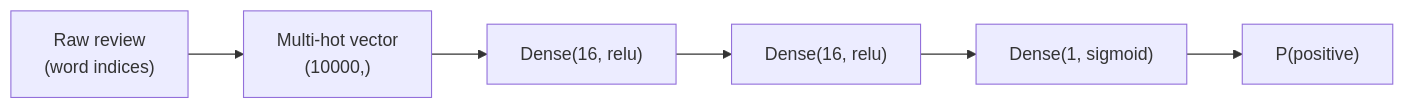
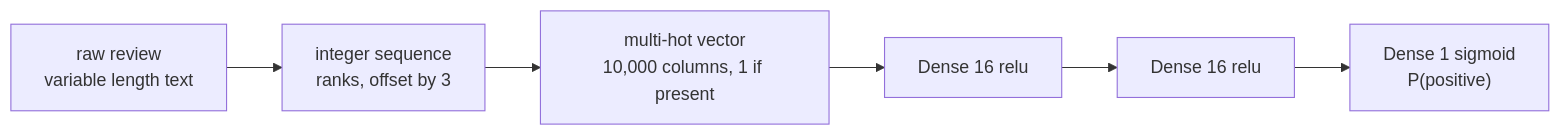
The diagram in src/content/docs/Deep Learning/Phase 01 - Neural Network Foundations/First Example Classifying Movie Reviews (IMDB, Binary).mdx (Ravikisha/PythonCentralHub), drawn with Mermaid before and after one commit. The commit also changed other lines of this file and 626 other files, not shown here.

````diff
--- a/src/content/docs/Deep Learning/Phase 01 - Neural Network Foundations/First Example Classifying Movie Reviews (IMDB, Binary).mdx
+++ b/src/content/docs/Deep Learning/Phase 01 - Neural Network Foundations/First Example Classifying Movie Reviews (IMDB, Binary).mdx
@@ -90,6 +99,8 @@
-```mermaid title="The IMDB classification pipeline" desc="Raw reviews are vectorized, fed through two ReLU hidden layers, and a sigmoid layer outputs a positive/negative probability."
+```mermaid
 flowchart LR
-  A["Raw review<br/>(word indices)"] --> B["Multi-hot vector<br/>(10000,)"]
-  B --> C["Dense(16, relu)"] --> D["Dense(16, relu)"] --> E["Dense(1, sigmoid)"]
-  E --> F["P(positive)"]
+  A["raw review<br/>variable length text"] --> B["integer sequence<br/>ranks, offset by 3"]
+  B --> C["multi-hot vector<br/>10,000 columns, 1 if present"]
+  C --> D["Dense 16 relu"]
+  D --> E["Dense 16 relu"]
+  E --> F["Dense 1 sigmoid<br/>P(positive)"]
 ```
````
